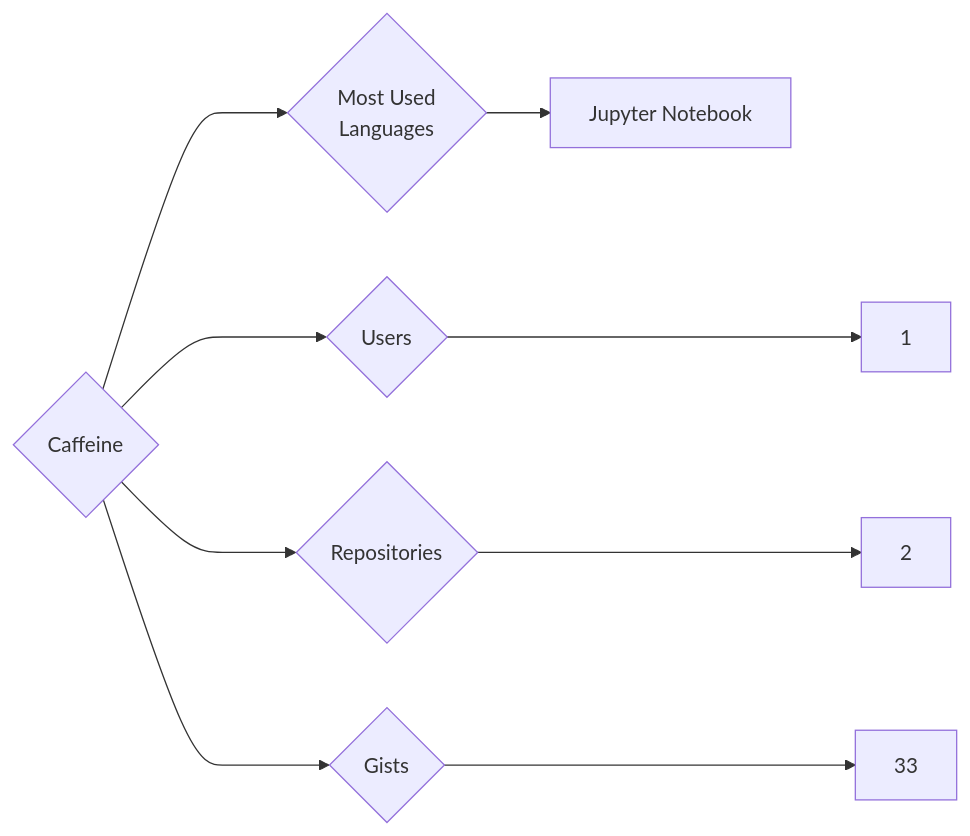
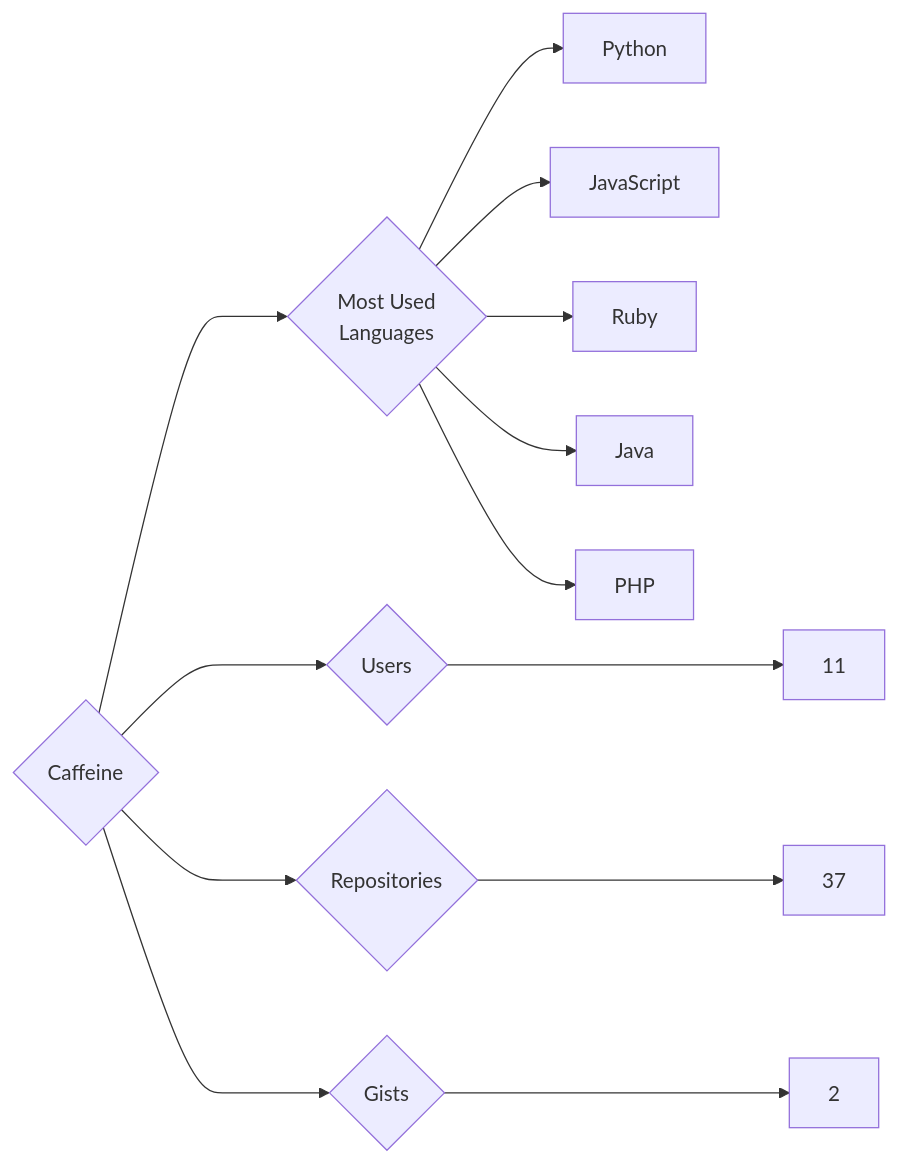
Before and after one commit to trickest/insiders: the diagram in targets/Caffeine/README.md, drawn with Mermaid. The commit also changed 786 other files, not shown here.

````diff
--- a/targets/Caffeine/README.md
+++ b/targets/Caffeine/README.md
@@ -3,9 +3,13 @@
 ```mermaid
 graph LR
 COMPANY_NAME{Caffeine}
-COMPANY_NAME ---> U{Users} ---> UN[1]
-COMPANY_NAME ---> R{Repositories} ---> RN[2]
-COMPANY_NAME ---> G{Gists} ---> GN[33]
+COMPANY_NAME ---> U{Users} ---> UN[11]
+COMPANY_NAME ---> R{Repositories} ---> RN[37]
+COMPANY_NAME ---> G{Gists} ---> GN[2]
 COMPANY_NAME ---> ML{Most Used<br>Languages}
-ML --> Jupyter_Notebook[Jupyter Notebook]
+ML --> Python[Python]
+ML --> JavaScript[JavaScript]
+ML --> Ruby[Ruby]
+ML --> Java[Java]
+ML --> PHP[PHP]
 ```
````
